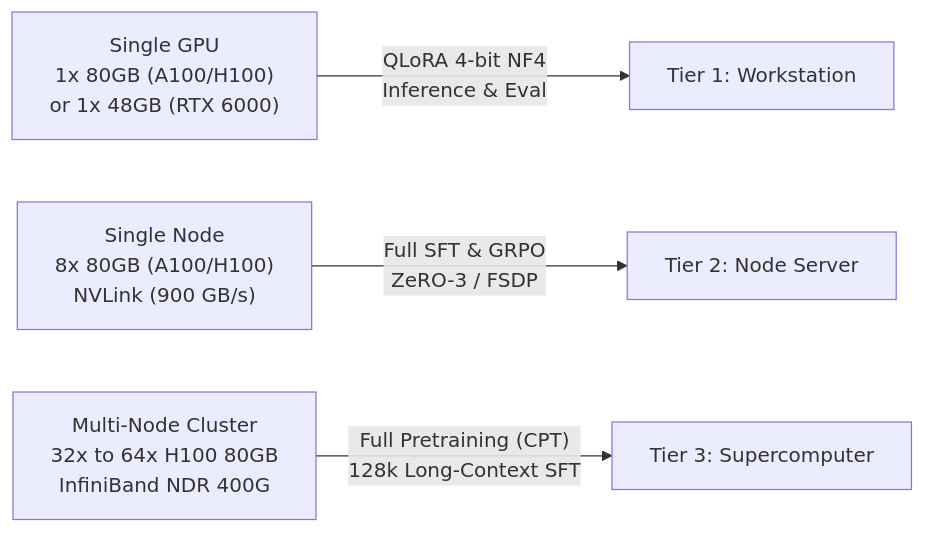
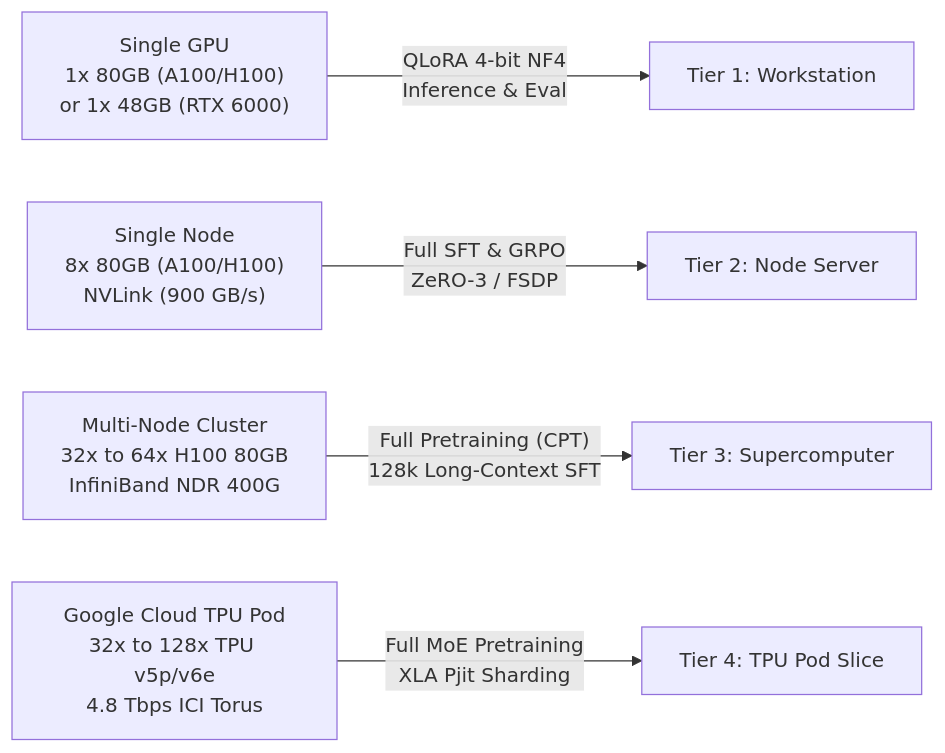
One commit to erexhost-lang/cadbury_chocolate_70b changed the second of 3 diagrams in README.md. Above: the diagram before and after it, drawn with Mermaid. The commit also changed other lines of this file and 7 other files, not shown here.

Commit message:
Add Google Cloud TPU Pod support: OpenXLA compilation, 3D Pjit SPMD sharding, distributed GCS checkpointing, and hardware-aware serving

````diff
--- a/README.md
+++ b/README.md
@@ -142,6 +148,7 @@
 ```mermaid
 graph LR
     H1["Single GPU\n1x 80GB (A100/H100)\nor 1x 48GB (RTX 6000)"] -->|"QLoRA 4-bit NF4\nInference & Eval"| T1["Tier 1: Workstation"]
     H2["Single Node\n8x 80GB (A100/H100)\nNVLink (900 GB/s)"] -->|"Full SFT & GRPO\nZeRO-3 / FSDP"| T2["Tier 2: Node Server"]
     H3["Multi-Node Cluster\n32x to 64x H100 80GB\nInfiniBand NDR 400G"] -->|"Full Pretraining (CPT)\n128k Long-Context SFT"| T3["Tier 3: Supercomputer"]
+    H4["Google Cloud TPU Pod\n32x to 128x TPU v5p/v6e\n4.8 Tbps ICI Torus"] -->|"Full MoE Pretraining\nXLA Pjit Sharding"| T4["Tier 4: TPU Pod Slice"]
 ```
````
